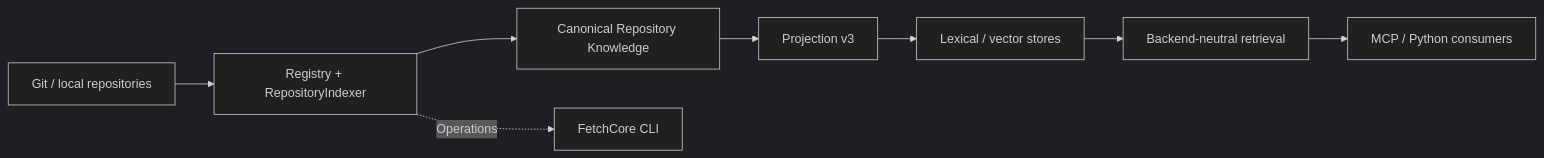
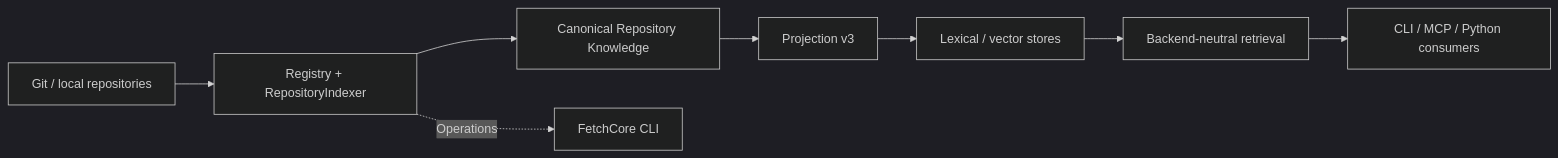
The diagram in README.md (oalangomes/fetchcore), drawn with Mermaid (dark theme) before and after one commit. The commit also changed other lines of this file and 4 other files, not shown here.

````diff
--- a/README.md
+++ b/README.md
@@ -45,10 +45,10 @@
 ```mermaid
 flowchart LR
     A["Git / local repositories"] --> B["Registry + RepositoryIndexer"]
     B --> C["Canonical Repository Knowledge"]
     C --> D["Projection v3"]
     D --> E["Lexical / vector stores"]
     E --> F["Backend-neutral retrieval"]
-    F --> G["MCP / Python consumers"]
+    F --> G["CLI / MCP / Python consumers"]
     B -. "Operations" .-> H["FetchCore CLI"]
 ```
````
